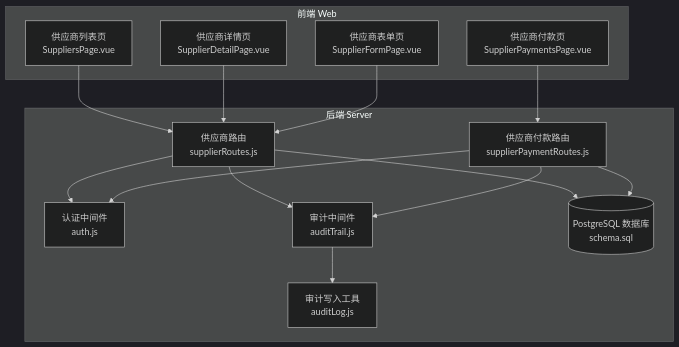
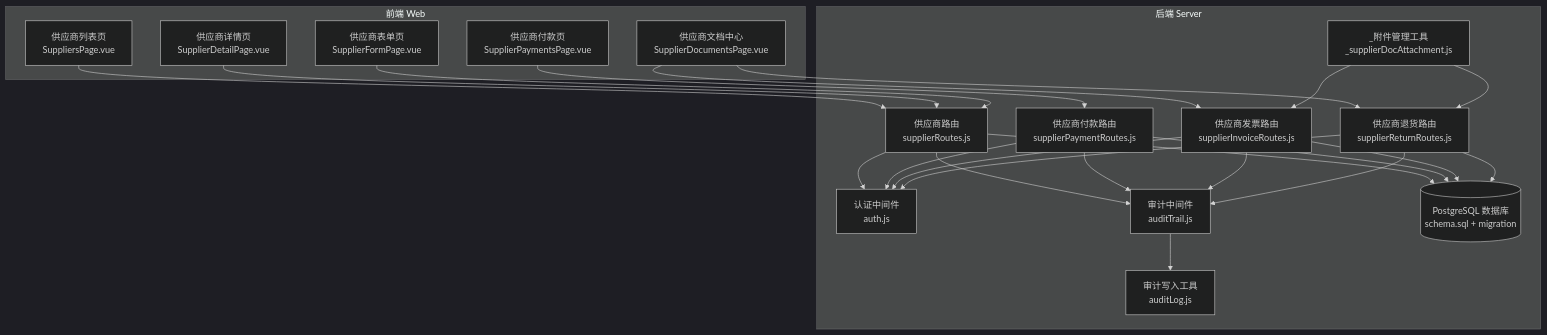
The first of 9 diagrams in .qoder/repowiki/zh/content/核心功能模块/商品管理模块/供应商管理.md (Juny09/inventory_system), drawn with Mermaid (dark theme) before and after one commit. The commit also changed other lines of this file and 53 other files, not shown here.

````diff
--- a/.qoder/repowiki/zh/content/核心功能模块/商品管理模块/供应商管理.md
+++ b/.qoder/repowiki/zh/content/核心功能模块/商品管理模块/供应商管理.md
@@ -44,28 +65,42 @@
 ```mermaid
 graph TB
 subgraph "前端 Web"
 SP["供应商列表页<br/>SuppliersPage.vue"]
 SD["供应商详情页<br/>SupplierDetailPage.vue"]
 SF["供应商表单页<br/>SupplierFormPage.vue"]
 SPP["供应商付款页<br/>SupplierPaymentsPage.vue"]
+SDoc["供应商文档中心<br/>SupplierDocumentsPage.vue"]
 end
 subgraph "后端 Server"
 SR["供应商路由<br/>supplierRoutes.js"]
 SPR["供应商付款路由<br/>supplierPaymentRoutes.js"]
+SIR["供应商发票路由<br/>supplierInvoiceRoutes.js"]
+SRR["供应商退货路由<br/>supplierReturnRoutes.js"]
+SDA["_附件管理工具<br/>_supplierDocAttachment.js"]
 AUTH["认证中间件<br/>auth.js"]
 AT["审计中间件<br/>auditTrail.js"]
 AL["审计写入工具<br/>auditLog.js"]
-DB[("PostgreSQL 数据库<br/>schema.sql")]
+DB[("PostgreSQL 数据库<br/>schema.sql + migration")]
 end
 SP --> SR
 SD --> SR
 SF --> SR
 SPP --> SPR
+SDoc --> SIR
+SDoc --> SRR
 SR --> AUTH
 SPR --> AUTH
+SIR --> AUTH
+SRR --> AUTH
 SR --> AT
 SPR --> AT
+SIR --> AT
+SRR --> AT
 AT --> AL
 SR --> DB
 SPR --> DB
+SIR --> DB
+SRR --> DB
+SDA --> SIR
+SDA --> SRR
 ```
````
